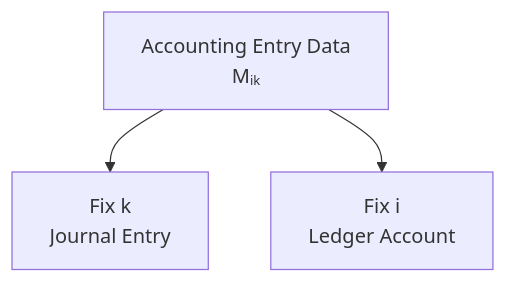
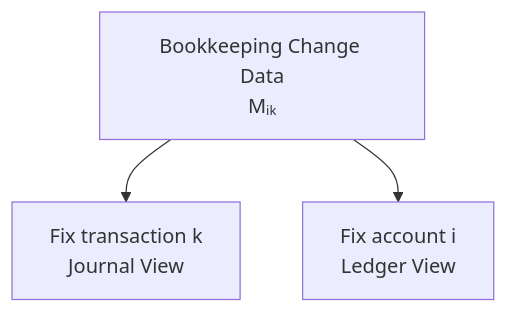
One commit to niikei/accounting-state-model changed the second of 4 diagrams in theory/06-journal-and-ledger.md. Above: the diagram before and after it, drawn with Mermaid. The commit also changed other lines of this file and 5 other files, not shown here.

````diff
--- a/theory/06-journal-and-ledger.md
+++ b/theory/06-journal-and-ledger.md
@@ -95,9 +444,11 @@
 ```mermaid
 flowchart TD
-    DATA["Accounting Entry Data<br/>Mᵢₖ"]
-    COL["Fix k<br/>Journal Entry"]
-    ROW["Fix i<br/>Ledger Account"]
+    M["Bookkeeping Change Data<br/>Mᵢₖ"]
 
-    DATA --> COL
-    DATA --> ROW
+    J["Fix transaction k<br/>Journal View"]
+
+    L["Fix account i<br/>Ledger View"]
+
+    M --> J
+    M --> L
 ```
````
